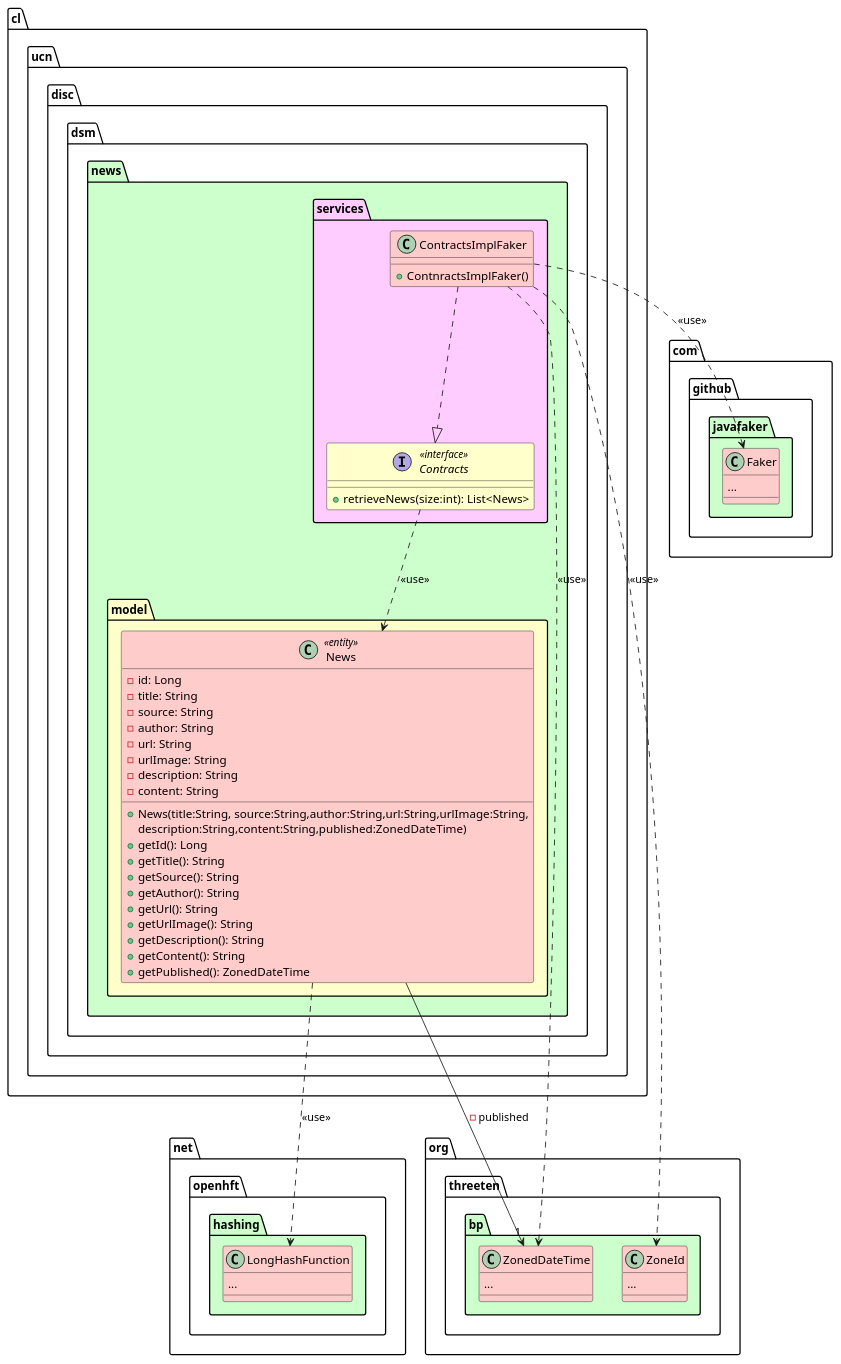
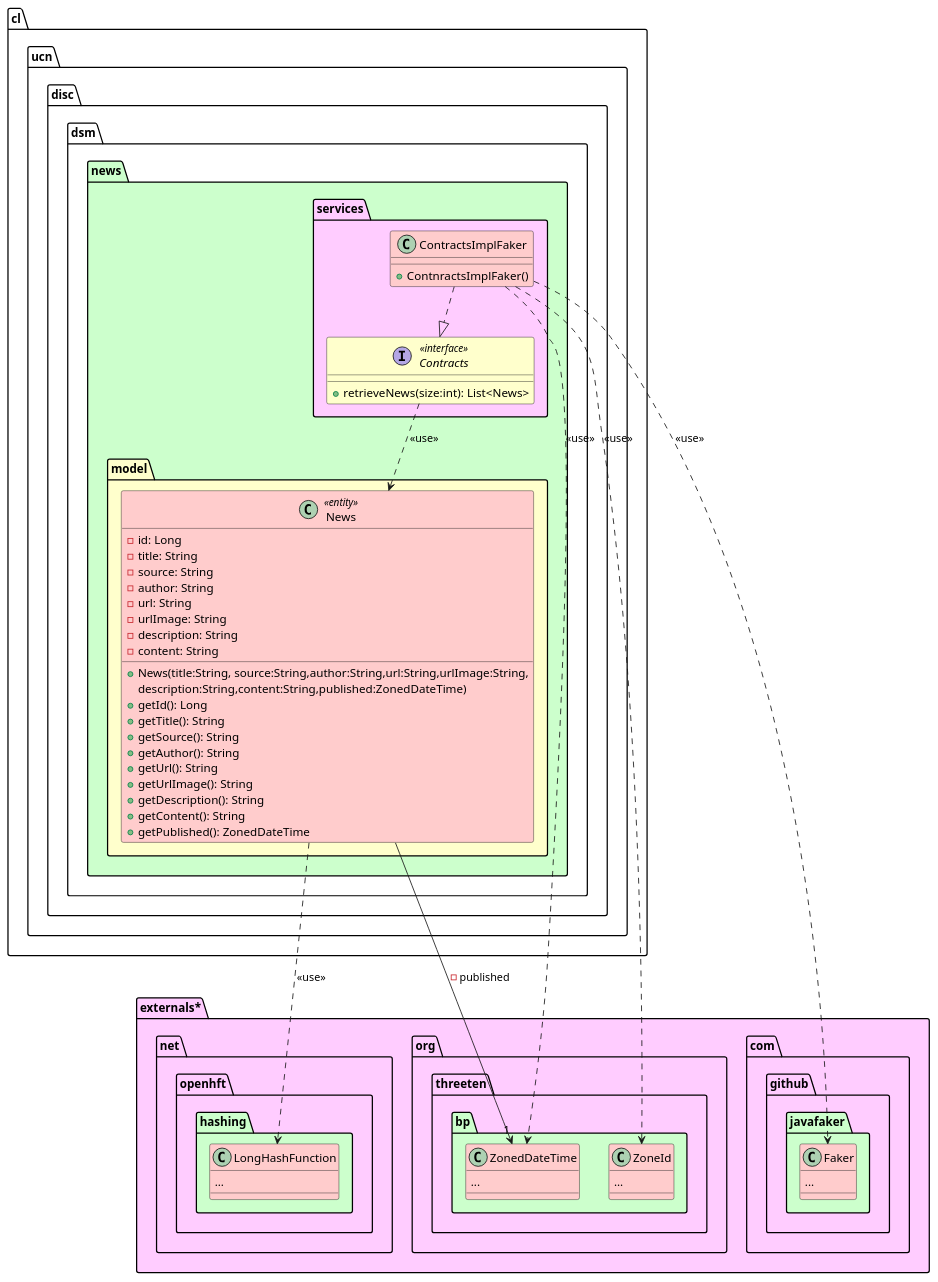
Before and after one commit to miguelVicencio/TheNews: the diagram in app/ReadMe.md, drawn with PlantUML. The commit also changed other lines of this file and 5 other files, not shown here.

````diff
--- a/app/ReadMe.md
+++ b/app/ReadMe.md
@@ -6,70 +7,72 @@
 ```puml
 @startuml
-package org.threeten.bp #ccffcc{
-    class ZonedDateTime #ffcccc{
-        ...
+package externals* #ffccff{
+    package org.threeten.bp #ccffcc{
+        class ZonedDateTime #ffcccc{
+            ...
+        }
+        class ZoneId #ffcccc{
+            ...
+        }
     }
-    class ZoneId #ffcccc{
-        ...
-    }
-}
-package net.openhft.hashing #ccffcc{
-    class LongHashFunction #ffcccc{
-        ...
-    }
+    package net.openhft.hashing #ccffcc{
+        class LongHashFunction #ffcccc{
+            ...
+        }
 }
 package com.github.javafaker #ccffcc{
     class Faker #ffcccc{
         ...
     }
+}
 }
 package cl.ucn.disc.dsm.news #ccffcc {
 
     
     package model #ffffcc {
     
         class News <<entity>> #ffcccc{
             - id: Long
             - title: String
             - source: String
             - author: String
             - url: String
             - urlImage: String
             - description: String
             - content: String
             +News(title:String, source:String,author:String,url:String,urlImage:String,
             description:String,content:String,published:ZonedDateTime)
             + getId(): Long
             + getTitle(): String
             + getSource(): String
             + getAuthor(): String
             + getUrl(): String
             + getUrlImage(): String
             + getDescription(): String
             + getContent(): String
             + getPublished(): ZonedDateTime
         }
         News --> "1" ZonedDateTime: - published
         News ..> LongHashFunction : <<use>>
     }
      package services #ffccff{
         interface Contracts <<interface>> #ffffcc{
             + retrieveNews(size:int): List<News>
         }
         Contracts ..> News: <<use>>
         
         class ContractsImplFaker #ffcccc{
             + ContnractsImplFaker()
             
         }
         ContractsImplFaker ..|> Contracts
         ContractsImplFaker ..> ZonedDateTime: <<use>>
         ContractsImplFaker ..> ZoneId: <<use>>
         ContractsImplFaker ..> Faker : <<use>>
     }
     
     
 }
 
 @enduml
 ```
````
